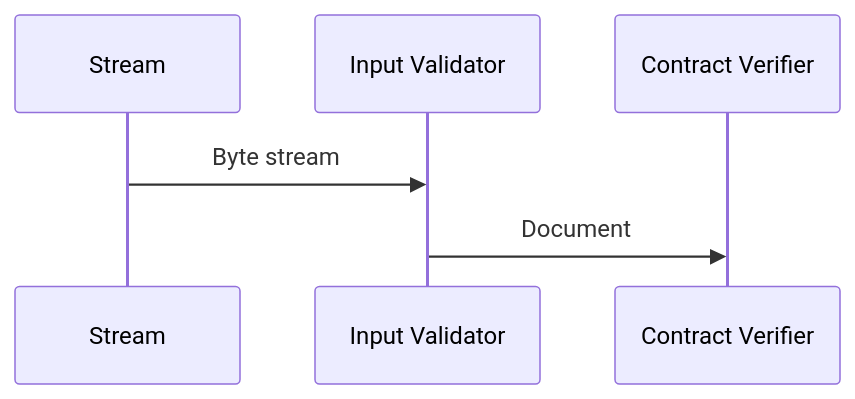
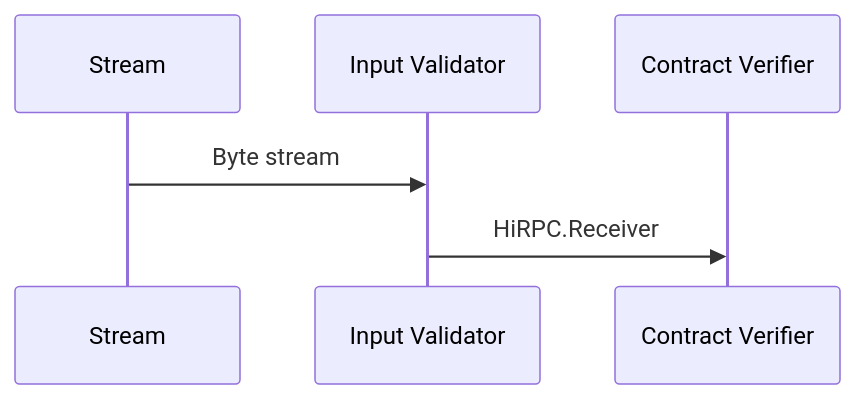
The diagram in documents/architecture/InputValidator.md (tagion/tagion), drawn with Mermaid before and after one commit. The commit also changed other lines of this file and 4 other files, not shown here.

Commit message:
DOC: Architecture

````diff
--- a/documents/architecture/InputValidator.md
+++ b/documents/architecture/InputValidator.md
@@ -19,9 +20,9 @@
 ```mermaid
 sequenceDiagram
     participant Stream 
     participant Input Validator 
     participant Contract Verifier
     Stream ->> Input Validator: Byte stream
-    Input Validator->>Contract Verifier: Document  
+    Input Validator->>Contract Verifier: HiRPC.Receiver  
 
 ```
````
